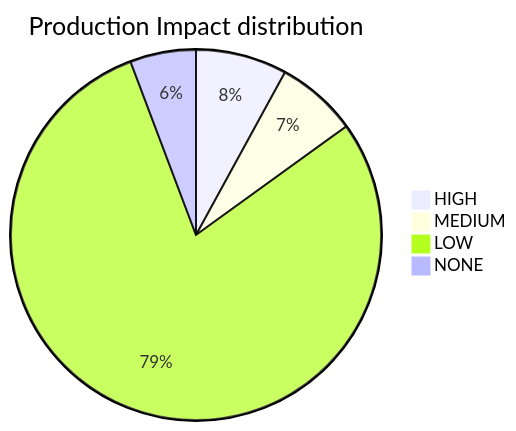
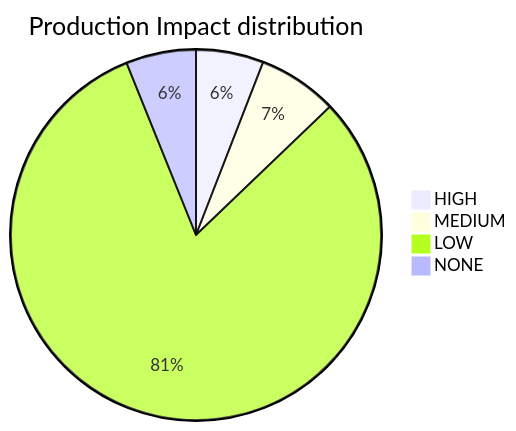
One commit to mikeybeezy/goldenpath-idp-infra changed the diagram in docs/10-governance/reports/HEALTH_AUDIT_LOG.md. Above: the diagram before and after it, drawn with Mermaid. The commit also changed other lines of this file and 29 other files, not shown here.

````diff
--- a/docs/10-governance/reports/HEALTH_AUDIT_LOG.md
+++ b/docs/10-governance/reports/HEALTH_AUDIT_LOG.md
@@ -86,7 +73,7 @@
 ```mermaid
 pie title Production Impact distribution
-    "HIGH" : 36
-    "MEDIUM" : 32
-    "LOW" : 358
-    "NONE" : 26
+    "HIGH" : 28
+    "MEDIUM" : 33
+    "LOW" : 385
+    "NONE" : 29
 ```
````
